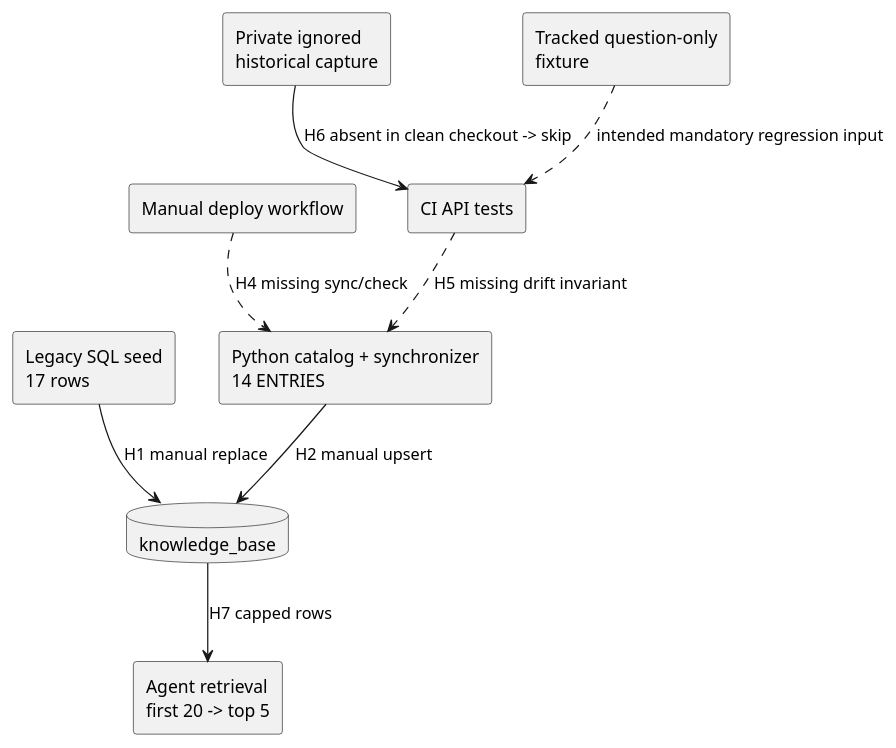
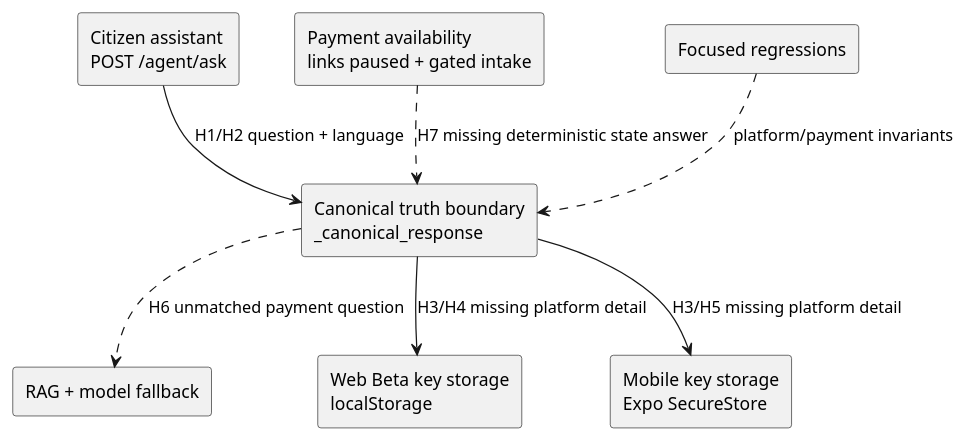
The second of 2 diagrams in docs/architecture/map.puml (NeaBouli/pnyx), drawn with PlantUML before and after one commit. The commit also changed other lines of this file and 5 other files, not shown here.

Commit message:
docs(architecture): map EKA-59 and EKA-60 assistant truth boundaries

```diff
--- a/docs/architecture/map.puml
+++ b/docs/architecture/map.puml
@@ -25,19 +23,17 @@
 @startuml
 skinparam componentStyle rectangle
-component "Legacy SQL seed\n17 rows" as SQL
-component "Python catalog + synchronizer\n14 ENTRIES" as PY
-database "knowledge_base" as DB
-component "Manual deploy workflow" as DEPLOY
-component "CI API tests" as CI
-component "Private ignored\nhistorical capture" as PRIVATE
-component "Tracked question-only\nfixture" as FIXTURE
-component "Agent retrieval\nfirst 20 -> top 5" as RAG
+component "Citizen assistant\nPOST /agent/ask" as ASK
+component "Canonical truth boundary\n_canonical_response" as CANON
+component "RAG + model fallback" as RAG
+component "Web Beta key storage\nlocalStorage" as WEB
+component "Mobile key storage\nExpo SecureStore" as MOBILE
+component "Payment availability\nlinks paused + gated intake" as PAY
+component "Focused regressions" as TEST
 
-SQL --> DB : H1 manual replace
-PY --> DB : H2 manual upsert
-DEPLOY ..> PY : H4 missing sync/check
-CI ..> PY : H5 missing drift invariant
-PRIVATE --> CI : H6 absent in clean checkout -> skip
-FIXTURE ..> CI : intended mandatory regression input
-DB --> RAG : H7 capped rows
+ASK --> CANON : H1/H2 question + language
+CANON --> WEB : H3/H4 missing platform detail
+CANON --> MOBILE : H3/H5 missing platform detail
+CANON ..> RAG : H6 unmatched payment question
+PAY ..> CANON : H7 missing deterministic state answer
+TEST ..> CANON : platform/payment invariants
 @enduml
```
